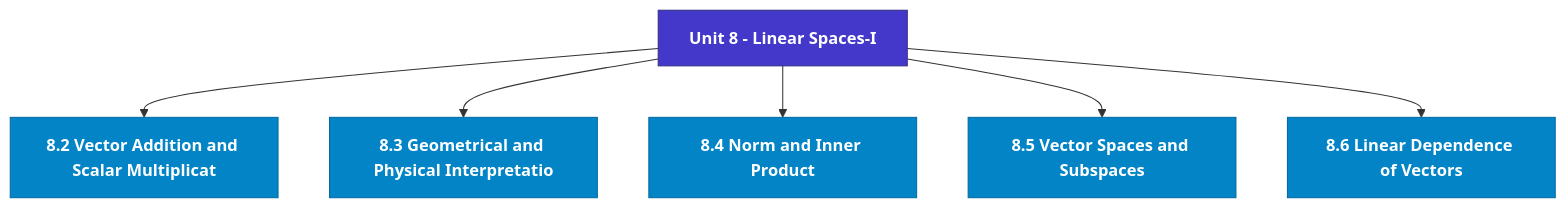
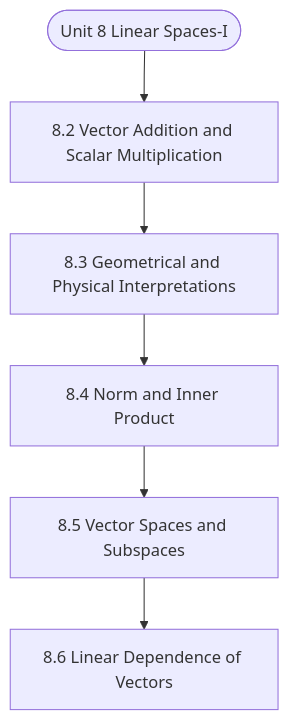
One commit to Asutosh-Coaching/mscdsa changed the diagram in notes/Semester_1/MCS-061_Mathematical_Foundations_-_I/unit_08_Linear_Spaces-I.md. Above: the diagram before and after it, drawn with Mermaid. The commit also changed other lines of this file and 115 other files, not shown here.

Commit message:
Fix Mermaid layout for mobile, isolate LaTeX delimiters, and add GitHub Pages reader

````diff
--- a/notes/Semester_1/MCS-061_Mathematical_Foundations_-_I/unit_08_Linear_Spaces-I.md
+++ b/notes/Semester_1/MCS-061_Mathematical_Foundations_-_I/unit_08_Linear_Spaces-I.md
@@ -19,19 +19,14 @@
 ```mermaid
 flowchart TD
-  %% Styling Definitions
-  classDef head fill:#4338ca,stroke:#312e81,color:#ffffff,font-weight:bold;
-  classDef topic fill:#0284c7,stroke:#0369a1,color:#ffffff,font-weight:600;
-  classDef sub fill:#1e293b,stroke:#475569,color:#f8fafc;
-
-  Root["Unit 8 - Linear Spaces-I"]:::head
-  M1["8.2 Vector Addition and Scalar Multiplicat"]:::topic
-  Root --> M1
-  M2["8.3 Geometrical and Physical Interpretatio"]:::topic
-  Root --> M2
-  M3["8.4 Norm and Inner Product"]:::topic
-  Root --> M3
-  M4["8.5 Vector Spaces and Subspaces"]:::topic
-  Root --> M4
-  M5["8.6 Linear Dependence of Vectors"]:::topic
-  Root --> M5
+  Start(["Unit 8 Linear Spaces-I"])
+  N1["8.2 Vector Addition and Scalar Multiplication"]
+  N2["8.3 Geometrical and Physical Interpretations"]
+  N3["8.4 Norm and Inner Product"]
+  N4["8.5 Vector Spaces and Subspaces"]
+  N5["8.6 Linear Dependence of Vectors"]
+  Start --> N1
+  N1 --> N2
+  N2 --> N3
+  N3 --> N4
+  N4 --> N5
 ```
````
